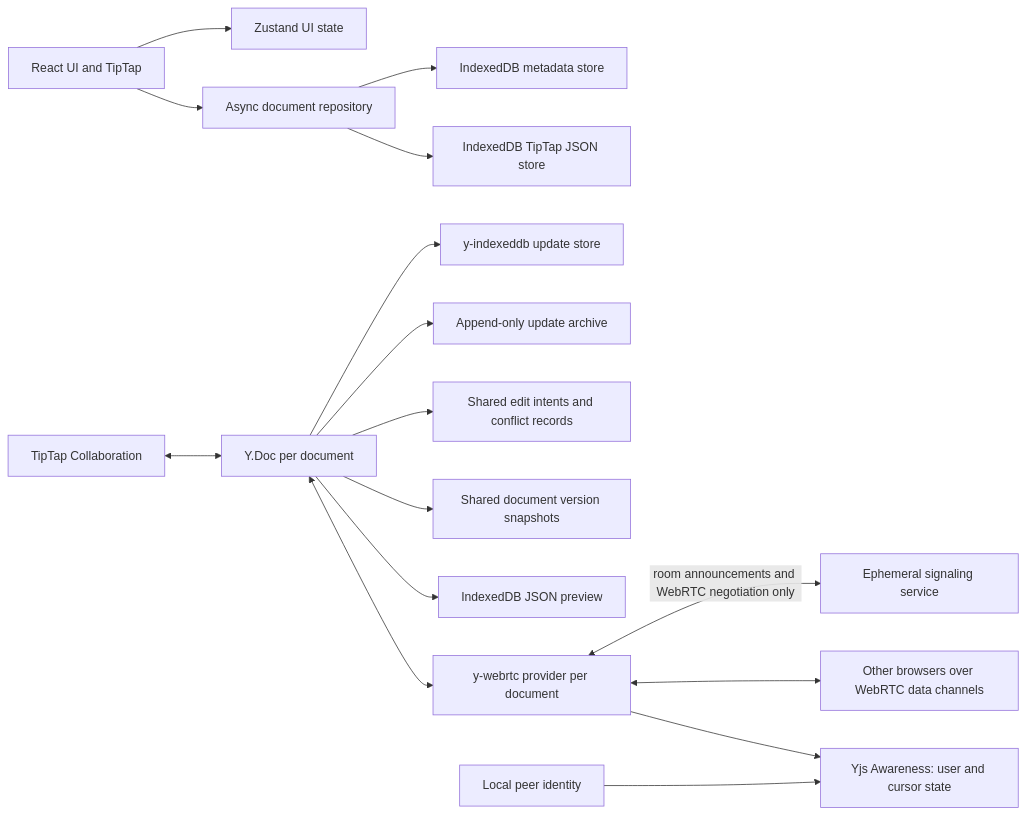
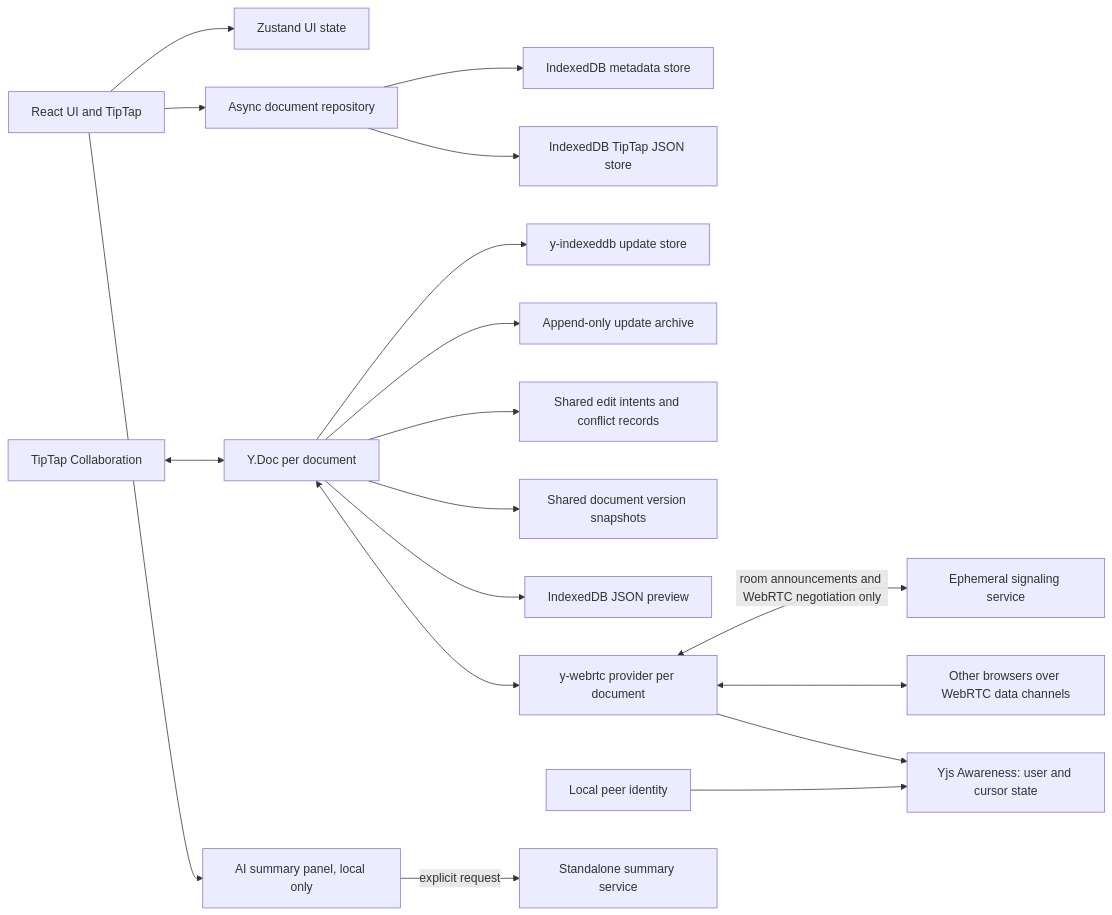
The first of 2 diagrams in ARCHITECTURE.md (aarushi-13/TSG), drawn with Mermaid before and after one commit. The commit also changed other lines of this file and 20 other files, not shown here.

````diff
--- a/ARCHITECTURE.md
+++ b/ARCHITECTURE.md
@@ -5,18 +5,20 @@
 ```mermaid
 flowchart LR
   UI[React UI and TipTap] --> STORE[Zustand UI state]
   UI --> REPO[Async document repository]
   REPO --> META[IndexedDB metadata store]
   REPO --> CONTENT[IndexedDB TipTap JSON store]
   EDITOR[TipTap Collaboration] <--> YDOC[Y.Doc per document]
   YDOC --> YLOCAL[y-indexeddb update store]
   YDOC --> HISTORY[Append-only update archive]
   YDOC --> CONFLICTS[Shared edit intents and conflict records]
   YDOC --> VERSIONS[Shared document version snapshots]
   YDOC --> PROJECTION[IndexedDB JSON preview]
   YDOC <--> P2P[y-webrtc provider per document]
   P2P <-->|room announcements and WebRTC negotiation only| SIGNAL[Ephemeral signaling service]
   P2P <--> PEERS[Other browsers over WebRTC data channels]
   P2P --> AWARENESS[Yjs Awareness: user and cursor state]
   PROFILE[Local peer identity] --> AWARENESS
+  UI --> SUMMARY[AI summary panel, local only]
+  SUMMARY -->|explicit request| LLM[Standalone summary service]
 ```
````
